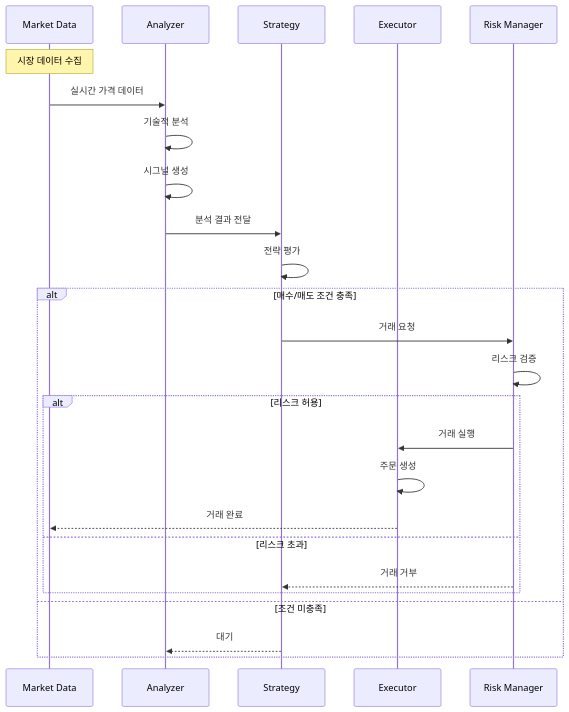
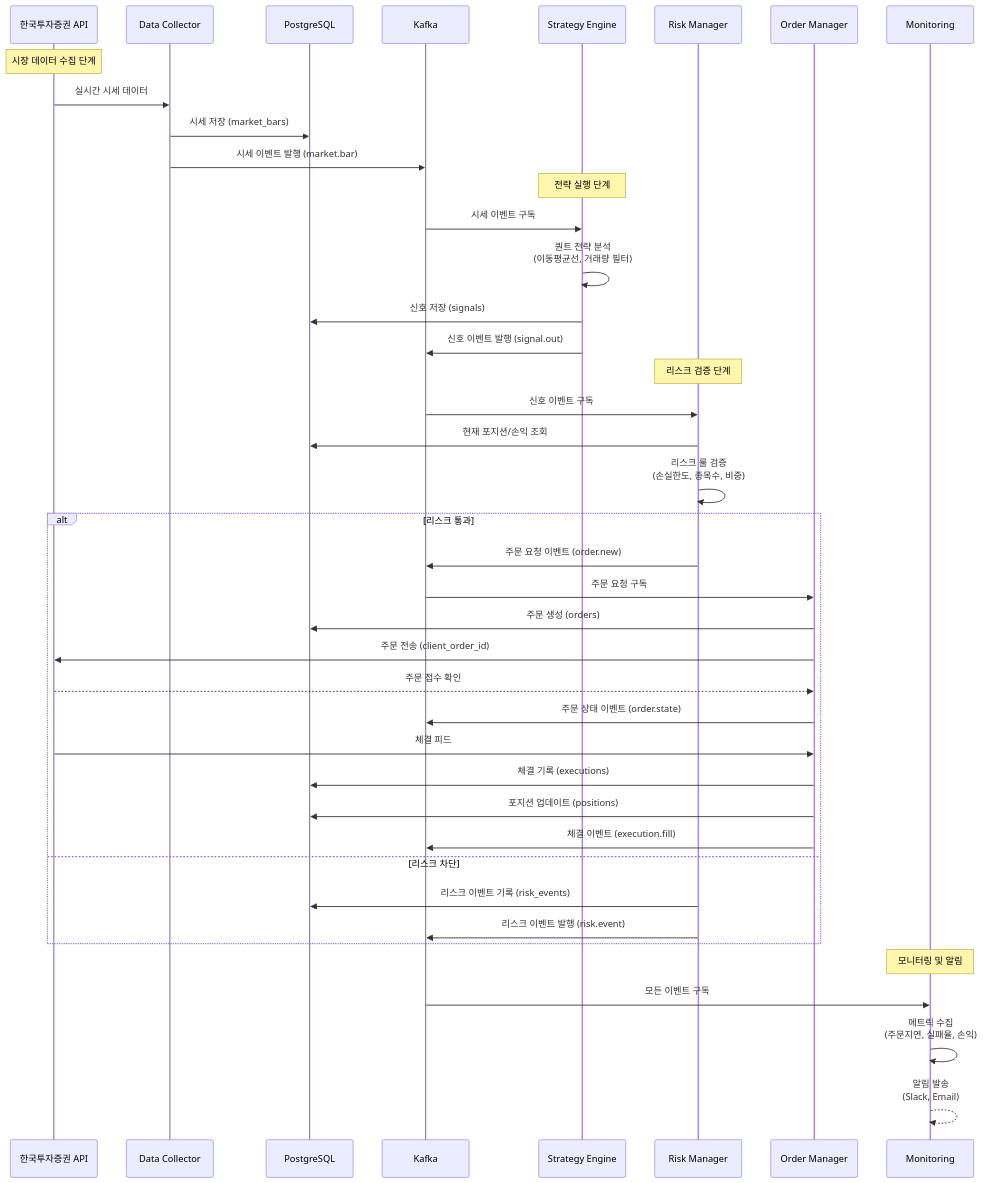
Before and after one commit to smk692/auto-trading-system: the first of 5 diagrams in README.md, drawn with Mermaid. The commit also changed other lines of this file, not shown here.

First line of the commit message:
feat(#8): README.md 생성 - FLOW와 작업 내용 중심

````diff
--- a/README.md
+++ b/README.md
@@ -16,31 +29,49 @@
 ```mermaid
 sequenceDiagram
-    participant MK as Market Data
-    participant AN as Analyzer
-    participant ST as Strategy
-    participant EX as Executor
+    participant API as 한국투자증권 API
+    participant DC as Data Collector
+    participant DB as PostgreSQL
+    participant KF as Kafka
+    participant ST as Strategy Engine
     participant RM as Risk Manager
+    participant OM as Order Manager
+    participant MON as Monitoring
 
-    Note over MK: 시장 데이터 수집
-    MK->>AN: 실시간 가격 데이터
-    AN->>AN: 기술적 분석
-    AN->>AN: 시그널 생성
+    Note over API: 시장 데이터 수집 단계
+    API->>DC: 실시간 시세 데이터
+    DC->>DB: 시세 저장 (market_bars)
+    DC->>KF: 시세 이벤트 발행 (market.bar)
 
-    AN->>ST: 분석 결과 전달
-    ST->>ST: 전략 평가
+    Note over ST: 전략 실행 단계
+    KF->>ST: 시세 이벤트 구독
+    ST->>ST: 퀀트 전략 분석<br/>(이동평균선, 거래량 필터)
+    ST->>DB: 신호 저장 (signals)
+    ST->>KF: 신호 이벤트 발행 (signal.out)
 
-    alt 매수/매도 조건 충족
-        ST->>RM: 거래 요청
-        RM->>RM: 리스크 검증
+    Note over RM: 리스크 검증 단계
+    KF->>RM: 신호 이벤트 구독
+    RM->>DB: 현재 포지션/손익 조회
+    RM->>RM: 리스크 룰 검증<br/>(손실한도, 종목수, 비중)
 
-        alt 리스크 허용
-            RM->>EX: 거래 실행
-            EX->>EX: 주문 생성
-            EX-->>MK: 거래 완료
-        else 리스크 초과
-            RM-->>ST: 거래 거부
-        end
-    else 조건 미충족
-        ST-->>AN: 대기
+    alt 리스크 통과
+        RM->>KF: 주문 요청 이벤트 (order.new)
+        KF->>OM: 주문 요청 구독
+        OM->>DB: 주문 생성 (orders)
+        OM->>API: 주문 전송 (client_order_id)
+        API-->>OM: 주문 접수 확인
+        OM->>KF: 주문 상태 이벤트 (order.state)
+
+        API->>OM: 체결 피드
+        OM->>DB: 체결 기록 (executions)
+        OM->>DB: 포지션 업데이트 (positions)
+        OM->>KF: 체결 이벤트 (execution.fill)
+    else 리스크 차단
+        RM->>DB: 리스크 이벤트 기록 (risk_events)
+        RM->>KF: 리스크 이벤트 발행 (risk.event)
     end
+
+    Note over MON: 모니터링 및 알림
+    KF->>MON: 모든 이벤트 구독
+    MON->>MON: 메트릭 수집<br/>(주문지연, 실패율, 손익)
+    MON-->>MON: 알림 발송<br/>(Slack, Email)
 ```
````
